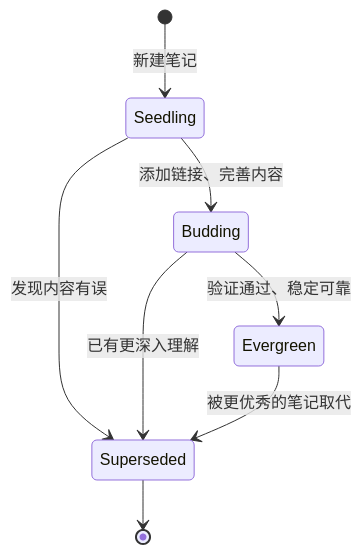
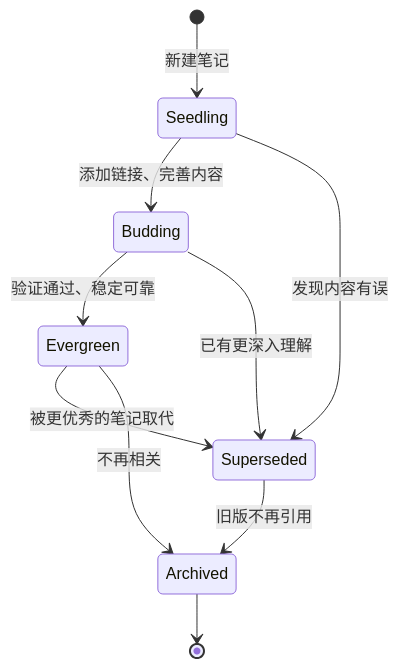
One commit to hencter/Nova changed the diagram in _meta/conventions.md. Above: the diagram before and after it, drawn with Mermaid. The commit also changed other lines of this file and 8 other files, not shown here.

````diff
--- a/_meta/conventions.md
+++ b/_meta/conventions.md
@@ -151,10 +165,12 @@
 ```mermaid
 stateDiagram-v2
     [*] --> Seedling: 新建笔记
     Seedling --> Budding: 添加链接、完善内容
     Budding --> Evergreen: 验证通过、稳定可靠
     Seedling --> Superseded: 发现内容有误
     Budding --> Superseded: 已有更深入理解
     Evergreen --> Superseded: 被更优秀的笔记取代
-    Superseded --> [*]
+    Evergreen --> Archived: 不再相关
+    Superseded --> Archived: 旧版不再引用
+    Archived --> [*]
 ```
````
